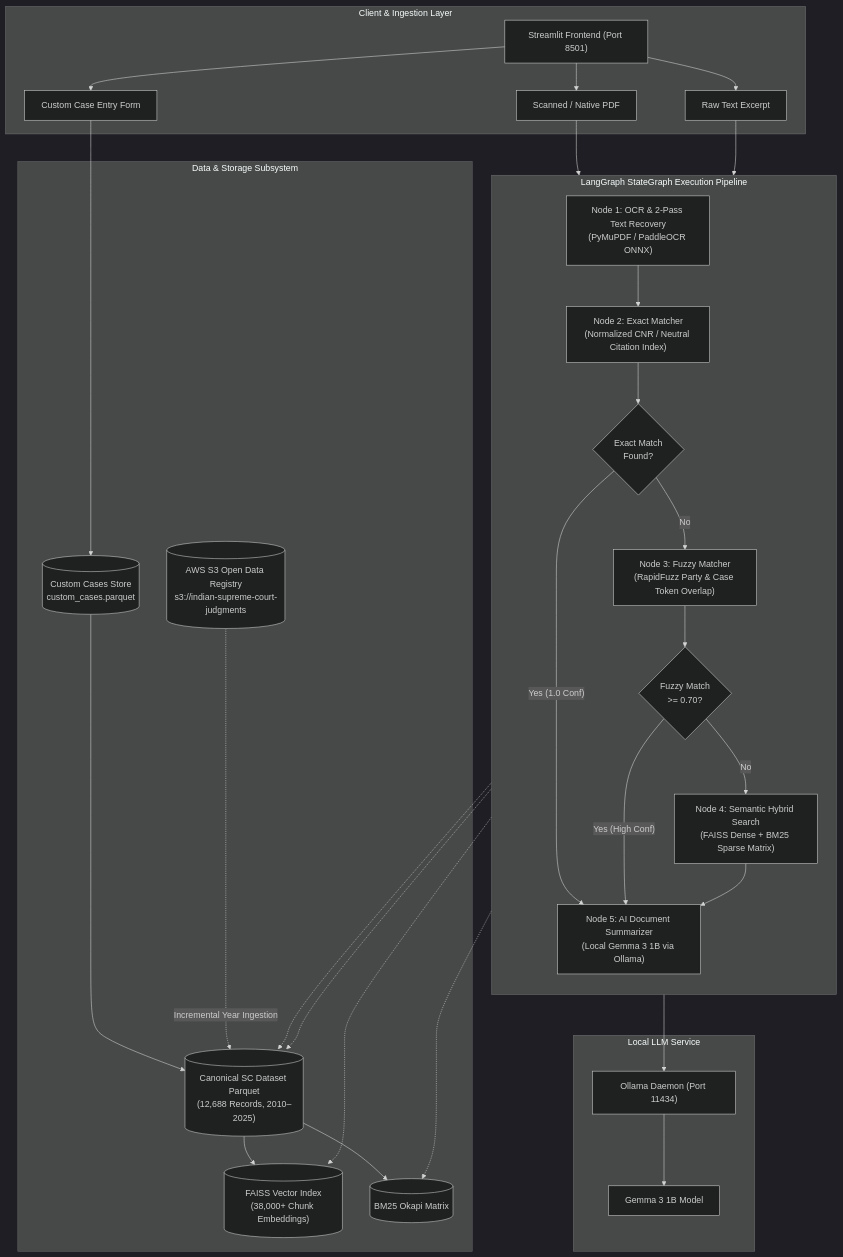
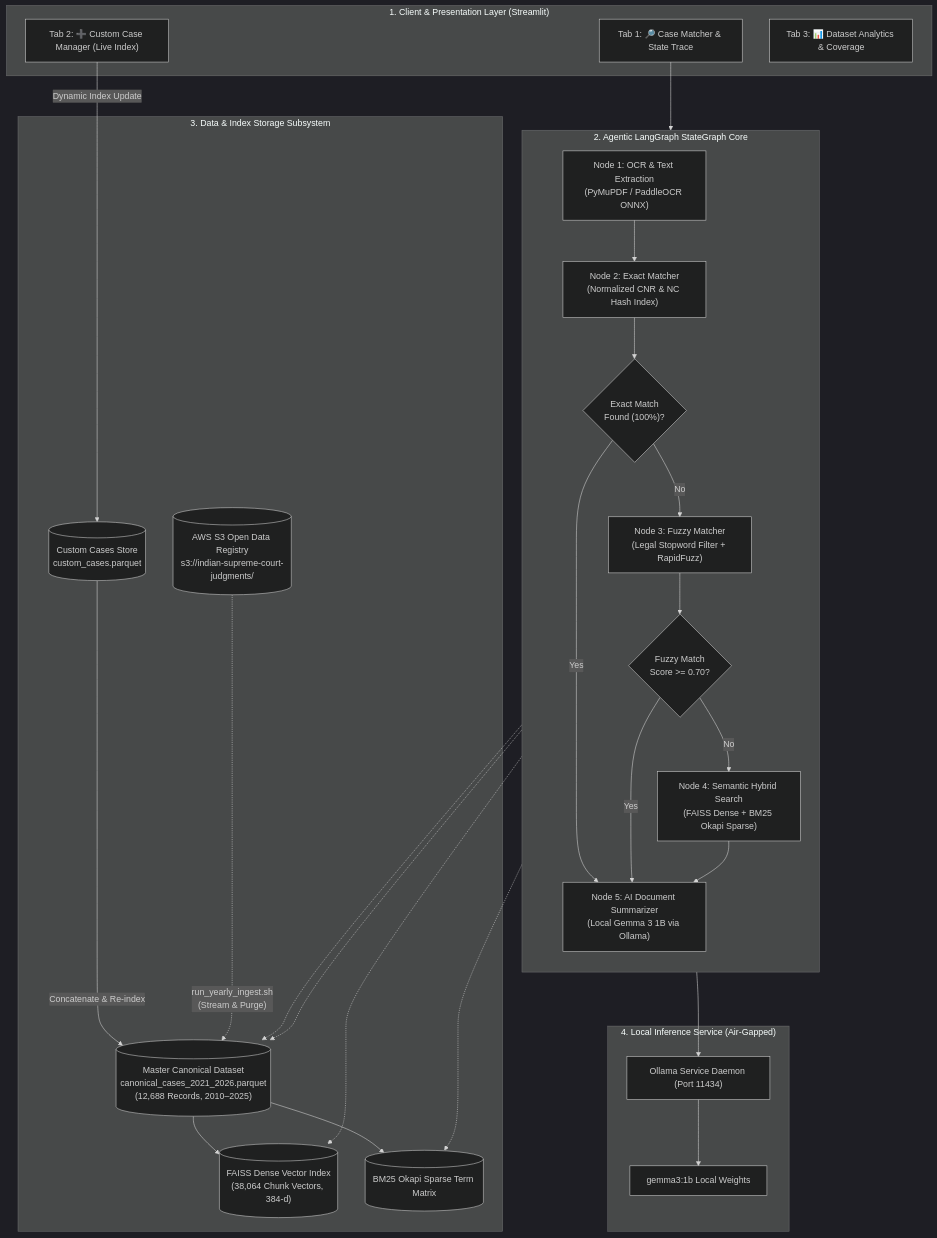
Before and after one commit to yashvvrn/legal-case-matcher-sc: the first of 2 diagrams in ARCHITECTURE.md, drawn with Mermaid (dark theme). The commit also changed other lines of this file, not shown here.

Commit message:
Expand ARCHITECTURE.md with exhaustive feature matrix, component specs, data schemas, and deployment runbooks

````diff
--- a/ARCHITECTURE.md
+++ b/ARCHITECTURE.md
@@ -20,55 +31,55 @@
 ```mermaid
 flowchart TD
-    subgraph Client_Layer ["Client & Ingestion Layer"]
-        UI["Streamlit Frontend (Port 8501)"]
-        UploadPDF["Scanned / Native PDF"]
-        UploadText["Raw Text Excerpt"]
-        CustomForm["Custom Case Entry Form"]
+    subgraph Layer_Client ["1. Client & Presentation Layer (Streamlit)"]
+        UI_Match["Tab 1: 🔎 Case Matcher & State Trace"]
+        UI_Custom["Tab 2: ➕ Custom Case Manager (Live Index)"]
+        UI_Analytics["Tab 3: 📊 Dataset Analytics & Coverage"]
     end
 
-    subgraph LangGraph_Core ["LangGraph StateGraph Execution Pipeline"]
+    subgraph Layer_LangGraph ["2. Agentic LangGraph StateGraph Core"]
         direction TB
-        Node1["Node 1: OCR & 2-Pass Text Recovery\n(PyMuPDF / PaddleOCR ONNX)"]
-        Node2["Node 2: Exact Matcher\n(Normalized CNR / Neutral Citation Index)"]
-        Node3["Node 3: Fuzzy Matcher\n(RapidFuzz Party & Case Token Overlap)"]
-        Node4["Node 4: Semantic Hybrid Search\n(FAISS Dense + BM25 Sparse Matrix)"]
-        Node5["Node 5: AI Document Summarizer\n(Local Gemma 3 1B via Ollama)"]
+        Node_OCR["Node 1: OCR & Text Extraction\n(PyMuPDF / PaddleOCR ONNX)"]
+        Node_Exact["Node 2: Exact Matcher\n(Normalized CNR & NC Hash Index)"]
+        Node_Fuzzy["Node 3: Fuzzy Matcher\n(Legal Stopword Filter + RapidFuzz)"]
+        Node_Semantic["Node 4: Semantic Hybrid Search\n(FAISS Dense + BM25 Okapi Sparse)"]
+        Node_Summary["Node 5: AI Document Summarizer\n(Local Gemma 3 1B via Ollama)"]
 
-        Router1{"Exact Match\nFound?"}
-        Router2{"Fuzzy Match\n>= 0.70?"}
+        Router_Exact{"Exact Match\nFound (100%)?"}
+        Router_Fuzzy{"Fuzzy Match\nScore >= 0.70?"}
 
-        Node1 --> Node2
-        Node2 --> Router1
-        Router1 -- "Yes (1.0 Conf)" --> Node5
-        Router1 -- "No" --> Node3
-        Node3 --> Router2
-        Router2 -- "Yes (High Conf)" --> Node5
-        Router2 -- "No" --> Node4
-        Node4 --> Node5
+        Node_OCR --> Node_Exact
+        Node_Exact --> Router_Exact
+        Router_Exact -- "Yes" --> Node_Summary
+        Router_Exact -- "No" --> Node_Fuzzy
+        Node_Fuzzy --> Router_Fuzzy
+        Router_Fuzzy -- "Yes" --> Node_Summary
+        Router_Fuzzy -- "No" --> Node_Semantic
+        Node_Semantic --> Node_Summary
     end
 
-    subgraph Data_Storage ["Data & Storage Subsystem"]
-        MasterParquet[("Canonical SC Dataset Parquet\n(12,688 Records, 2010–2025)")]
+    subgraph Layer_Data ["3. Data & Index Storage Subsystem"]
+        MasterParquet[("Master Canonical Dataset\ncanonical_cases_2021_2026.parquet\n(12,688 Records, 2010–2025)")]
         CustomParquet[("Custom Cases Store\ncustom_cases.parquet")]
-        FAISS_Idx[("FAISS Vector Index\n(38,000+ Chunk Embeddings)")]
-        BM25_Idx[("BM25 Okapi Matrix")]
-        AWS_S3[("AWS S3 Open Data Registry\ns3://indian-supreme-court-judgments")]
+        FAISS_Store[("FAISS Dense Vector Index\n(38,064 Chunk Vectors, 384-d)")]
+        BM25_Store[("BM25 Okapi Sparse Term Matrix")]
+        AWS_S3_Store[("AWS S3 Open Data Registry\ns3://indian-supreme-court-judgments/")]
     end
 
-    subgraph LLM_Runtime ["Local LLM Service"]
-        OllamaDaemon["Ollama Daemon (Port 11434)"]
-        GemmaModel["Gemma 3 1B Model"]
+    subgraph Layer_Local_LLM ["4. Local Inference Service (Air-Gapped)"]
+        OllamaDaemon["Ollama Service Daemon (Port 11434)"]
+        GemmaModel["gemma3:1b Local Weights"]
+        OllamaDaemon --> GemmaModel
     end
 
-    UI --> UploadPDF & UploadText & CustomForm
-    UploadPDF & UploadText --> Node1
-    CustomForm --> CustomParquet
-    CustomParquet --> MasterParquet
-    MasterParquet --> FAISS_Idx & BM25_Idx
-    Node2 -.-> MasterParquet
-    Node3 -.-> MasterParquet
-    Node4 -.-> FAISS_Idx & BM25_Idx
-    Node5 --> OllamaDaemon
-    OllamaDaemon --> GemmaModel
-    AWS_S3 -.->|"Incremental Year Ingestion"| MasterParquet
+    UI_Match --> Node_OCR
+    UI_Custom -->|"Dynamic Index Update"| CustomParquet
+    CustomParquet -->|"Concatenate & Re-index"| MasterParquet
+    MasterParquet --> FAISS_Store & BM25_Store
+
+    Node_Exact -.-> MasterParquet
+    Node_Fuzzy -.-> MasterParquet
+    Node_Semantic -.-> FAISS_Store & BM25_Store
+    Node_Summary --> OllamaDaemon
+
+    AWS_S3_Store -.->|"run_yearly_ingest.sh\n(Stream & Purge)"| MasterParquet
 ```
````
